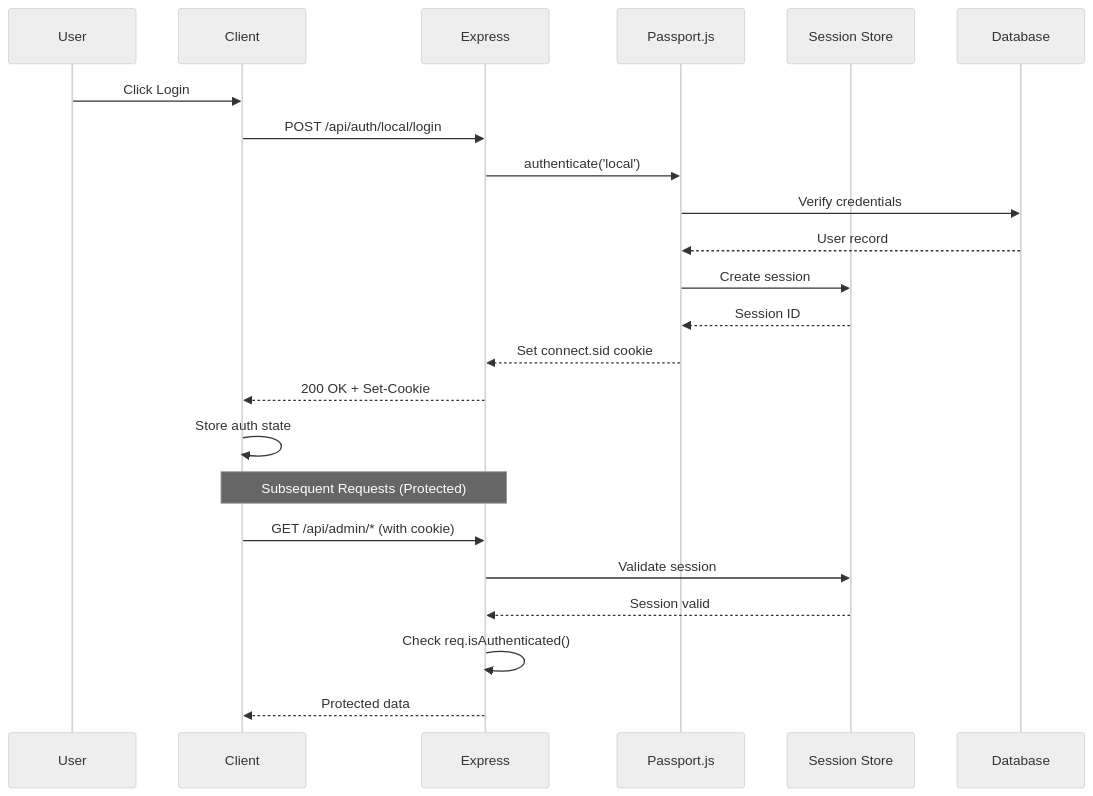
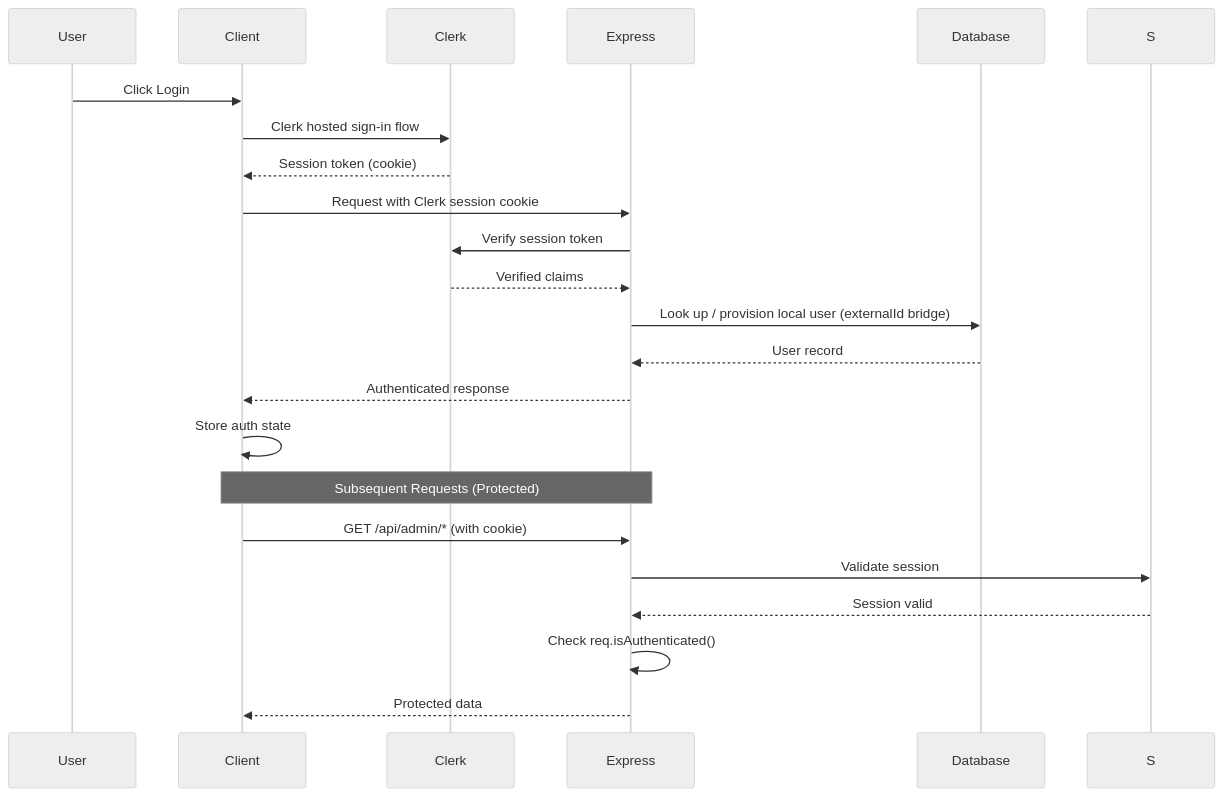
One commit to krzemienski/awesome-list-site changed the fifth of 7 diagrams in docs/ARCHITECTURE.md. Above: the diagram before and after it, drawn with Mermaid (neutral theme). The commit also changed 32 other files, not shown here.

````diff
--- a/docs/ARCHITECTURE.md
+++ b/docs/ARCHITECTURE.md
@@ -305,27 +305,26 @@
 ```mermaid
 sequenceDiagram
     participant U as User
     participant C as Client
+    participant K as Clerk
     participant E as Express
-    participant P as Passport.js
-    participant S as Session Store
     participant DB as Database
 
     U->>C: Click Login
-    C->>E: POST /api/auth/local/login
-    E->>P: authenticate('local')
-    P->>DB: Verify credentials
-    DB-->>P: User record
-    P->>S: Create session
-    S-->>P: Session ID
-    P-->>E: Set connect.sid cookie
-    E-->>C: 200 OK + Set-Cookie
+    C->>K: Clerk hosted sign-in flow
+    K-->>C: Session token (cookie)
+    C->>E: Request with Clerk session cookie
+    E->>K: Verify session token
+    K-->>E: Verified claims
+    E->>DB: Look up / provision local user (externalId bridge)
+    DB-->>E: User record
+    E-->>C: Authenticated response
     C->>C: Store auth state
 
     Note over C,E: Subsequent Requests (Protected)
     C->>E: GET /api/admin/* (with cookie)
     E->>S: Validate session
     S-->>E: Session valid
     E->>E: Check req.isAuthenticated()
     E-->>C: Protected data
 ```
````
